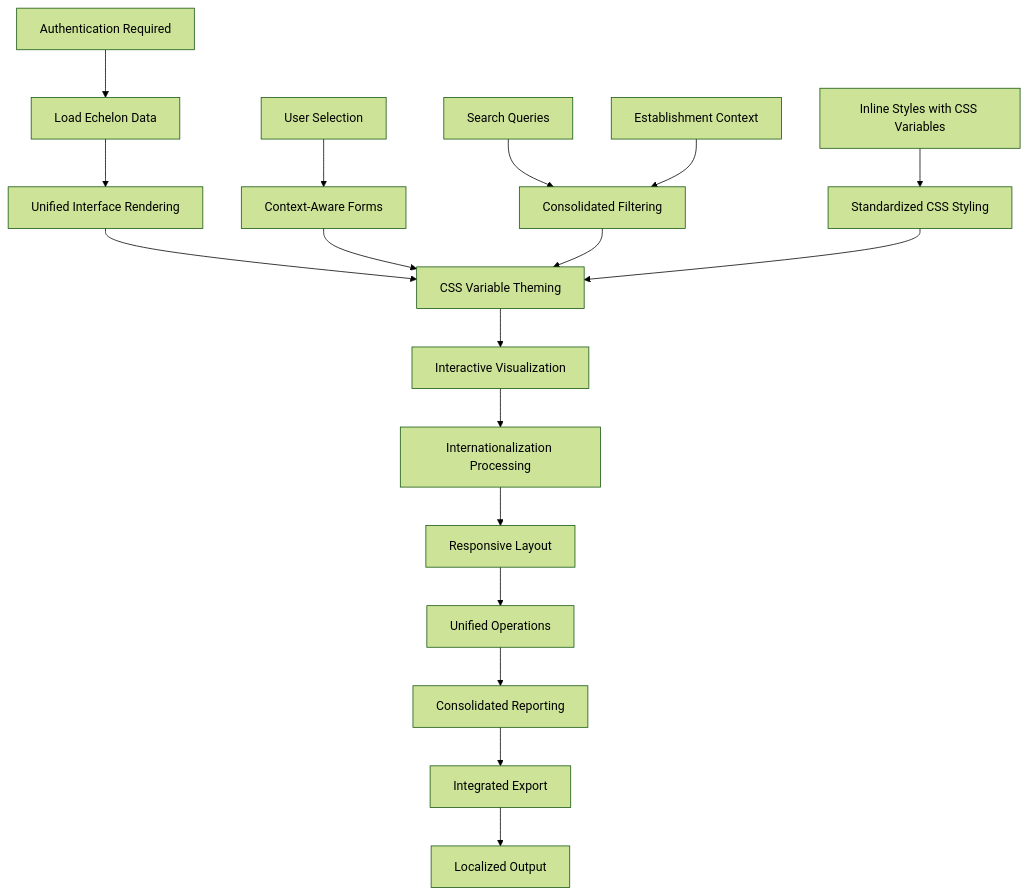
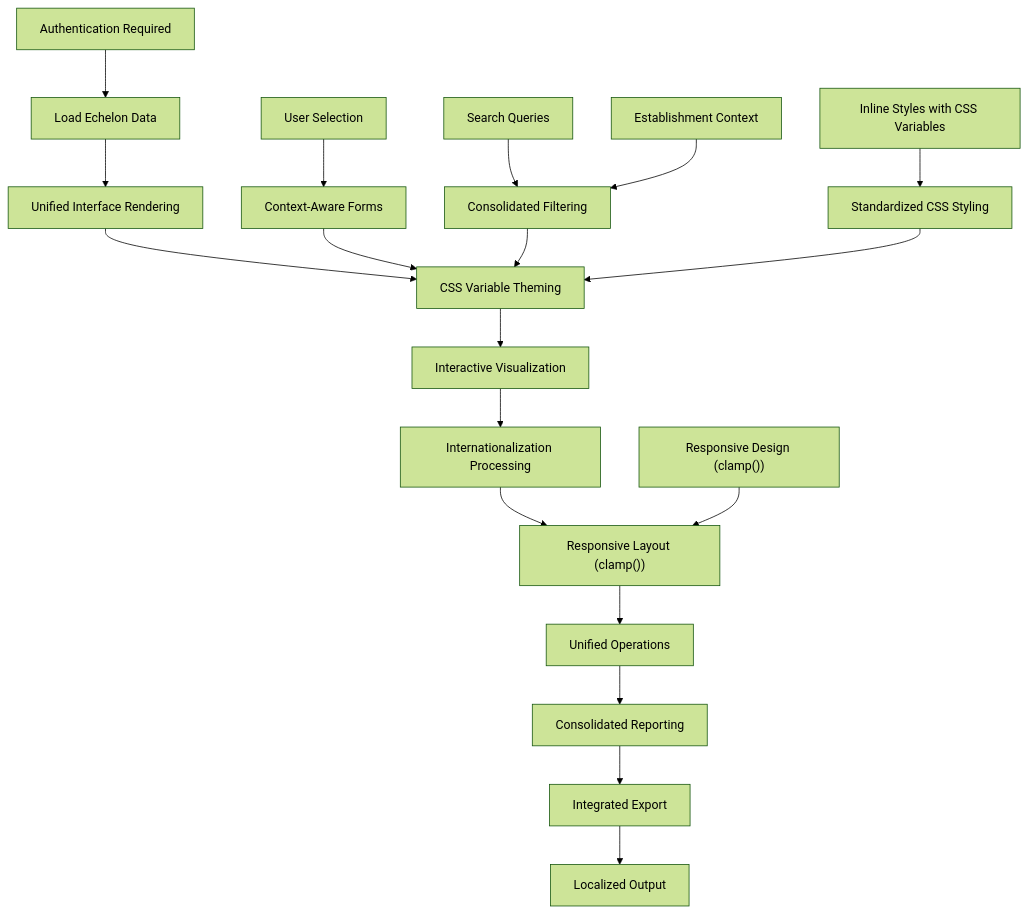
The sixth of 10 diagrams in .qoder/repowiki/en/content/Human Resources Management/Personnel Administration/Organizational Structure.md (franckylab/eLISAschool), drawn with Mermaid (forest theme) before and after one commit. The commit also changed other lines of this file and 24 other files, not shown here.

````diff
--- a/.qoder/repowiki/en/content/Human Resources Management/Personnel Administration/Organizational Structure.md
+++ b/.qoder/repowiki/en/content/Human Resources Management/Personnel Administration/Organizational Structure.md
@@ -344,20 +357,21 @@
 ```mermaid
 flowchart TD
 A["Load Echelon Data"] --> B["Unified Interface Rendering"]
 C["User Selection"] --> D["Context-Aware Forms"]
 E["Search Queries"] --> F["Consolidated Filtering"]
 B --> G["CSS Variable Theming"]
 D --> G
 F --> G
 G --> H["Interactive Visualization"]
 H --> I["Internationalization Processing"]
-I --> J["Responsive Layout"]
+I --> J["Responsive Layout (clamp())"]
 J --> K["Unified Operations"]
 K --> L["Consolidated Reporting"]
 L --> M["Integrated Export"]
 M --> N["Localized Output"]
 O["Authentication Required"] --> A
 P["Establishment Context"] --> F
 Q["Standardized CSS Styling"] --> G
 R["Inline Styles with CSS Variables"] --> Q
+S["Responsive Design (clamp())"] --> J
 ```
````
